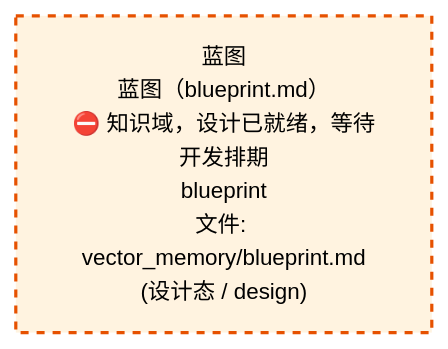
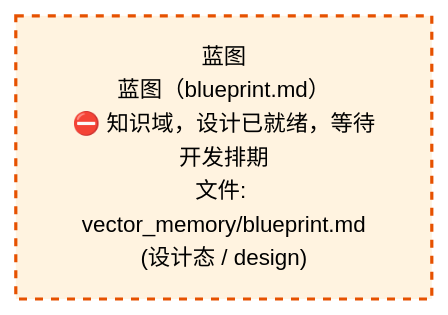
One commit to xuanFelixVan/ZephyrAlpha changed the first of 2 diagrams in docs/02_enterprise_architecture/02_domain_architecture_docs/58_d_knowledge.md. Above: the diagram before and after it, drawn with Mermaid. The commit also changed other lines of this file and 60 other files, not shown here.

````diff
--- a/docs/02_enterprise_architecture/02_domain_architecture_docs/58_d_knowledge.md
+++ b/docs/02_enterprise_architecture/02_domain_architecture_docs/58_d_knowledge.md
@@ -53,10 +53,10 @@
 ```mermaid
 %%{init: {'theme': 'base', 'themeVariables': {'primaryColor': '#eaeaea', 'primaryTextColor': '#333333', 'primaryBorderColor': '#666666', 'lineColor': '#666666', 'secondaryColor': '#eaeaea', 'tertiaryColor': '#eaeaea', 'fontSize': '14px'}}}%%
 flowchart TD
-    docs_03_modules_domain_knowledge_vector_memory_blueprint_md["蓝图<br/>蓝图（blueprint.md）<br/>⛔ 知识域，设计已就绪，等待开发排期<br/>blueprint<br/>文件: vector_memory/blueprint.md<br/>(设计态 / design)"]
+    docs_03_modules_domain_knowledge_vector_memory_blueprint_md["蓝图<br/>蓝图（blueprint.md）<br/>⛔ 知识域，设计已就绪，等待开发排期<br/>文件: vector_memory/blueprint.md<br/>(设计态 / design)"]
     classDef production fill:#e1f5fe,stroke:#01579b,stroke-width:2px,color:#000
     classDef design fill:#fff3e0,stroke:#e65100,stroke-width:2px,color:#000,stroke-dasharray: 5 5
     classDef external_prod fill:#e8f4fd,stroke:#0277bd,stroke-width:1px,color:#000
     classDef external_design fill:#fff8e7,stroke:#ef6c00,stroke-width:1px,color:#000,stroke-dasharray: 5 5
     class docs_03_modules_domain_knowledge_vector_memory_blueprint_md design
 ```
````
